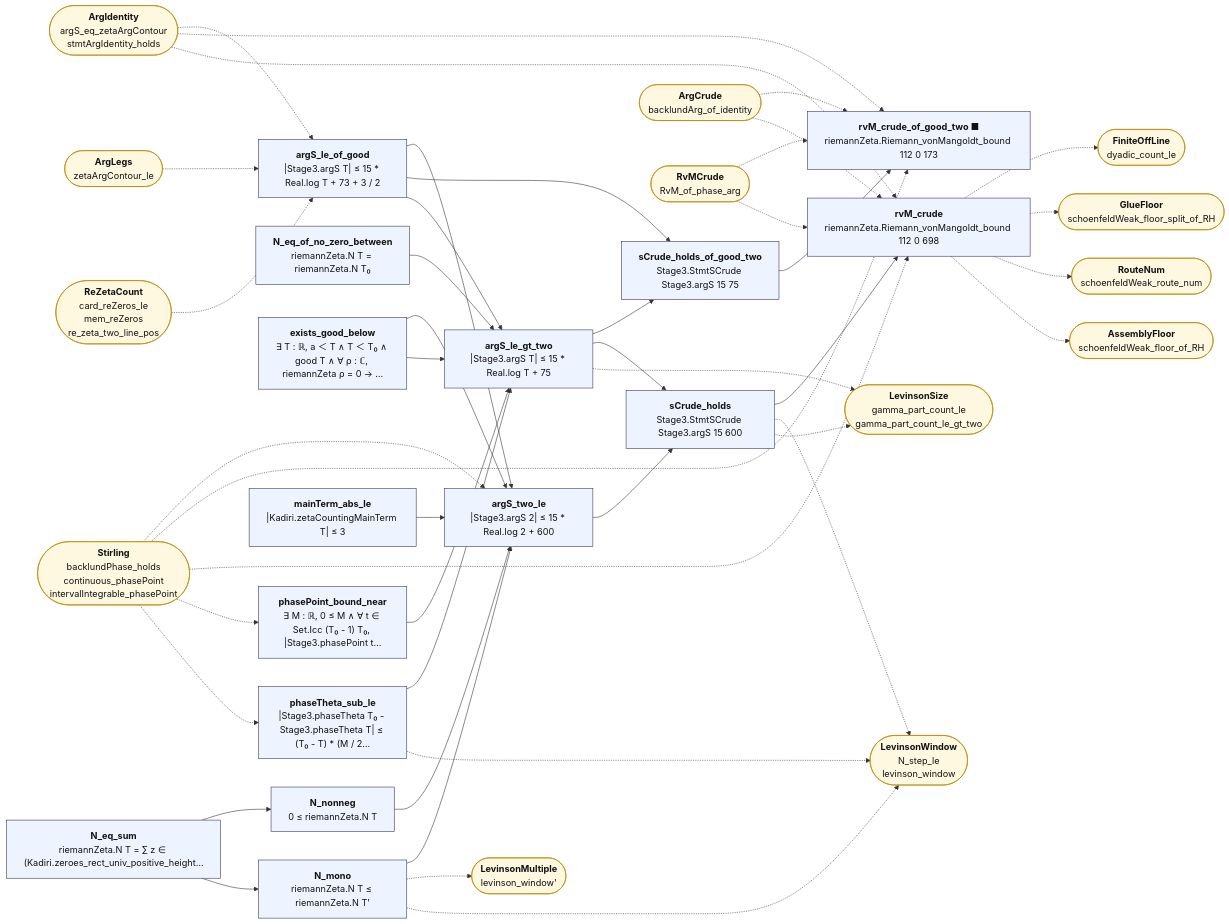
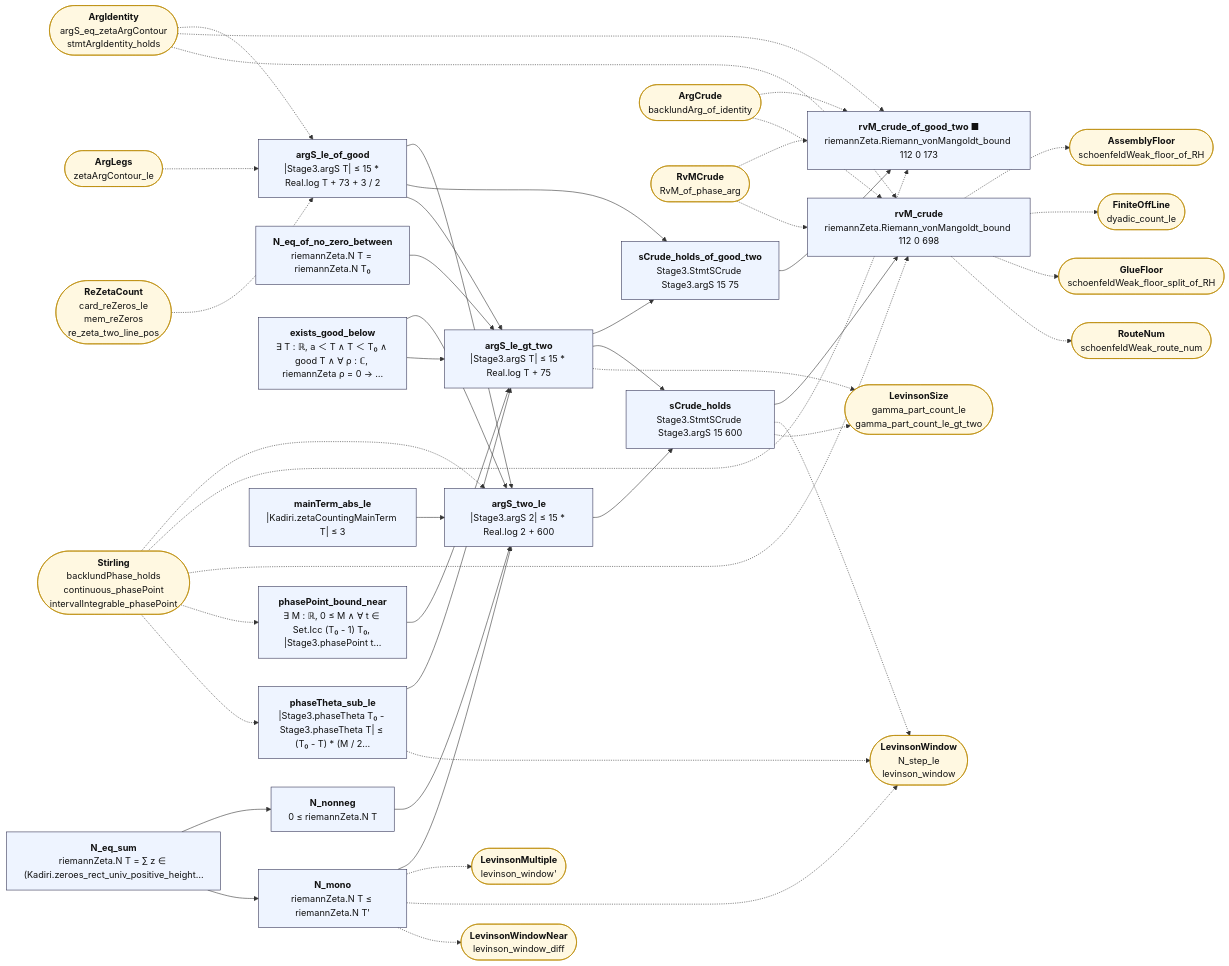
One commit to juliansambranojr/Primebeat_081426 changed the diagram in map/lean_stage3/ArgCount.md. Above: the diagram before and after it, drawn with Mermaid. The commit also changed other lines of this file and 40 other files, not shown here.

```diff
--- a/map/lean_stage3/ArgCount.md
+++ b/map/lean_stage3/ArgCount.md
@@ -31,14 +31,15 @@
   x2(["<b>ReZetaCount</b><br/>card_reZeros_le<br/>mem_reZeros<br/>re_zeta_two_line_pos"]):::ext
   x3(["<b>LevinsonMultiple</b><br/>levinson_window'"]):::ext
   x4(["<b>LevinsonWindow</b><br/>N_step_le<br/>levinson_window"]):::ext
-  x5(["<b>Stirling</b><br/>backlundPhase_holds<br/>continuous_phasePoint<br/>intervalIntegrable_phasePoint"]):::ext
-  x6(["<b>LevinsonSize</b><br/>gamma_part_count_le<br/>gamma_part_count_le_gt_two"]):::ext
-  x7(["<b>ArgCrude</b><br/>backlundArg_of_identity"]):::ext
-  x8(["<b>RvMCrude</b><br/>RvM_of_phase_arg"]):::ext
-  x9(["<b>AssemblyFloor</b><br/>schoenfeldWeak_floor_of_RH"]):::ext
-  x10(["<b>FiniteOffLine</b><br/>dyadic_count_le"]):::ext
-  x11(["<b>GlueFloor</b><br/>schoenfeldWeak_floor_split_of_RH"]):::ext
-  x12(["<b>RouteNum</b><br/>schoenfeldWeak_route_num"]):::ext
+  x5(["<b>LevinsonWindowNear</b><br/>levinson_window_diff"]):::ext
+  x6(["<b>Stirling</b><br/>backlundPhase_holds<br/>continuous_phasePoint<br/>intervalIntegrable_phasePoint"]):::ext
+  x7(["<b>LevinsonSize</b><br/>gamma_part_count_le<br/>gamma_part_count_le_gt_two"]):::ext
+  x8(["<b>ArgCrude</b><br/>backlundArg_of_identity"]):::ext
+  x9(["<b>RvMCrude</b><br/>RvM_of_phase_arg"]):::ext
+  x10(["<b>AssemblyFloor</b><br/>schoenfeldWeak_floor_of_RH"]):::ext
+  x11(["<b>FiniteOffLine</b><br/>dyadic_count_le"]):::ext
+  x12(["<b>GlueFloor</b><br/>schoenfeldWeak_floor_split_of_RH"]):::ext
+  x13(["<b>RouteNum</b><br/>schoenfeldWeak_route_num"]):::ext
   n0 --> n10
   n0 --> n11
   n0 --> n8
@@ -58,29 +59,30 @@
   n8 --> n12
   n9 --> n10
   n12 -.-> x4
-  n12 -.-> x6
+  n12 -.-> x7
   n14 -.-> x10
   n14 -.-> x11
   n14 -.-> x12
-  n14 -.-> x9
+  n14 -.-> x13
   n3 -.-> x3
   n3 -.-> x4
+  n3 -.-> x5
   n7 -.-> x4
-  n8 -.-> x6
+  n8 -.-> x7
   x0 -.-> n0
   x0 -.-> n13
   x0 -.-> n14
   x1 -.-> n0
   x2 -.-> n0
-  x5 -.-> n10
-  x5 -.-> n13
-  x5 -.-> n14
-  x5 -.-> n6
-  x5 -.-> n7
-  x7 -.-> n13
-  x7 -.-> n14
+  x6 -.-> n10
+  x6 -.-> n13
+  x6 -.-> n14
+  x6 -.-> n6
+  x6 -.-> n7
   x8 -.-> n13
   x8 -.-> n14
+  x9 -.-> n13
+  x9 -.-> n14
   classDef cnt fill:#dff5ec,stroke:#17694a,color:#111
   classDef shp fill:#f1ecfb,stroke:#5b3fa0,color:#111
   classDef rh fill:#ffe5e5,stroke:#c22,color:#111,stroke-width:2px
```
